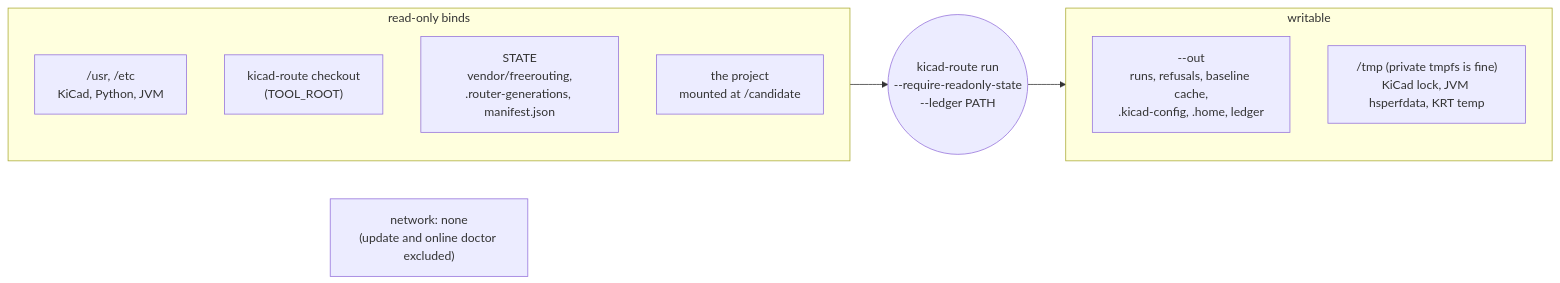
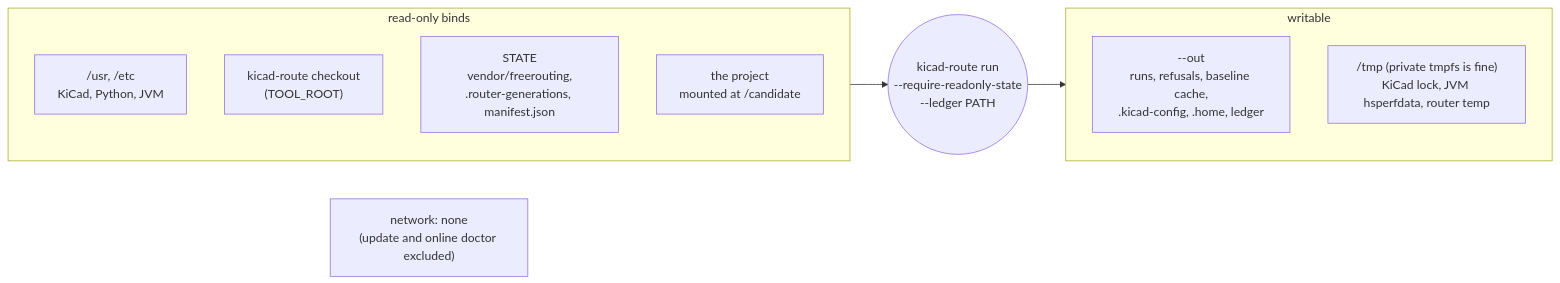
Before and after one commit to halbritt/kicad-route: the third of 4 diagrams in docs/guide/automation.md, drawn with Mermaid. The commit also changed other lines of this file and 44 other files, not shown here.

````diff
--- a/docs/guide/automation.md
+++ b/docs/guide/automation.md
@@ -118,15 +118,15 @@
 ```mermaid
 flowchart LR
     subgraph ro["read-only binds"]
         USR["/usr, /etc<br/>KiCad, Python, JVM"]
         TOOL["kicad-route checkout<br/>(TOOL_ROOT)"]
         STATE["STATE<br/>vendor/freerouting,<br/>.router-generations, manifest.json"]
         PROJ["the project<br/>mounted at /candidate"]
     end
     subgraph rw["writable"]
         OUT["--out<br/>runs, refusals, baseline cache,<br/>.kicad-config, .home, ledger"]
-        TMP["/tmp (private tmpfs is fine)<br/>KiCad lock, JVM hsperfdata, KRT temp"]
+        TMP["/tmp (private tmpfs is fine)<br/>KiCad lock, JVM hsperfdata, router temp"]
     end
     NET["network: none<br/>(update and online doctor excluded)"]
     ro --> K(("kicad-route run<br/>--require-readonly-state<br/>--ledger PATH")) --> rw
 ```
````
